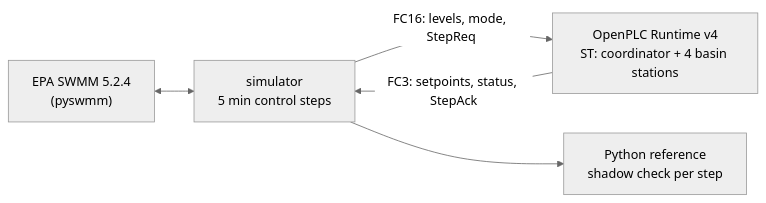
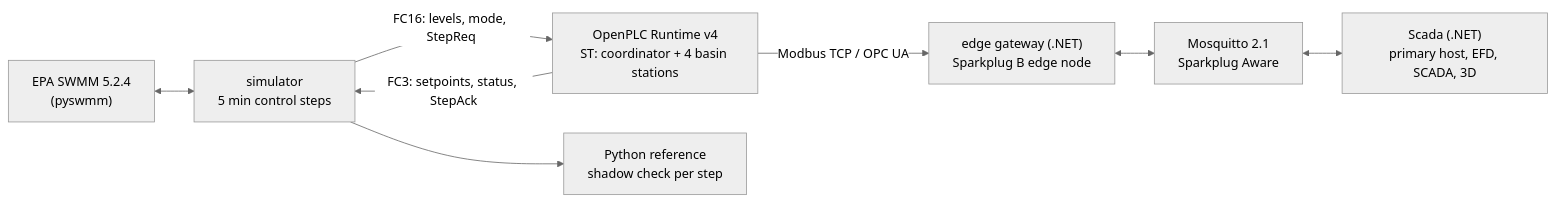
Before and after one commit to curiousvlxd/stormbench: the diagram in README.md, drawn with Mermaid (neutral theme). The commit also changed other lines of this file and 6 other files, not shown here.

````diff
--- a/README.md
+++ b/README.md
@@ -107,7 +149,10 @@
 ```mermaid
 flowchart LR
     swmm["EPA SWMM 5.2.4<br/>(pyswmm)"] <--> runner["simulator<br/>5 min control steps"]
     runner -- "FC16: levels, mode, StepReq" --> plc["OpenPLC Runtime v4<br/>ST: coordinator + 4 basin stations"]
     plc -- "FC3: setpoints, status, StepAck" --> runner
     runner --> ref["Python reference<br/>shadow check per step"]
+    plc -- "Modbus TCP / OPC UA" --> edge["edge gateway (.NET)<br/>Sparkplug B edge node"]
+    edge <--> broker["Mosquitto 2.1<br/>Sparkplug Aware"]
+    broker <--> scada["Scada (.NET)<br/>primary host, EFD, SCADA, 3D"]
 ```
````
